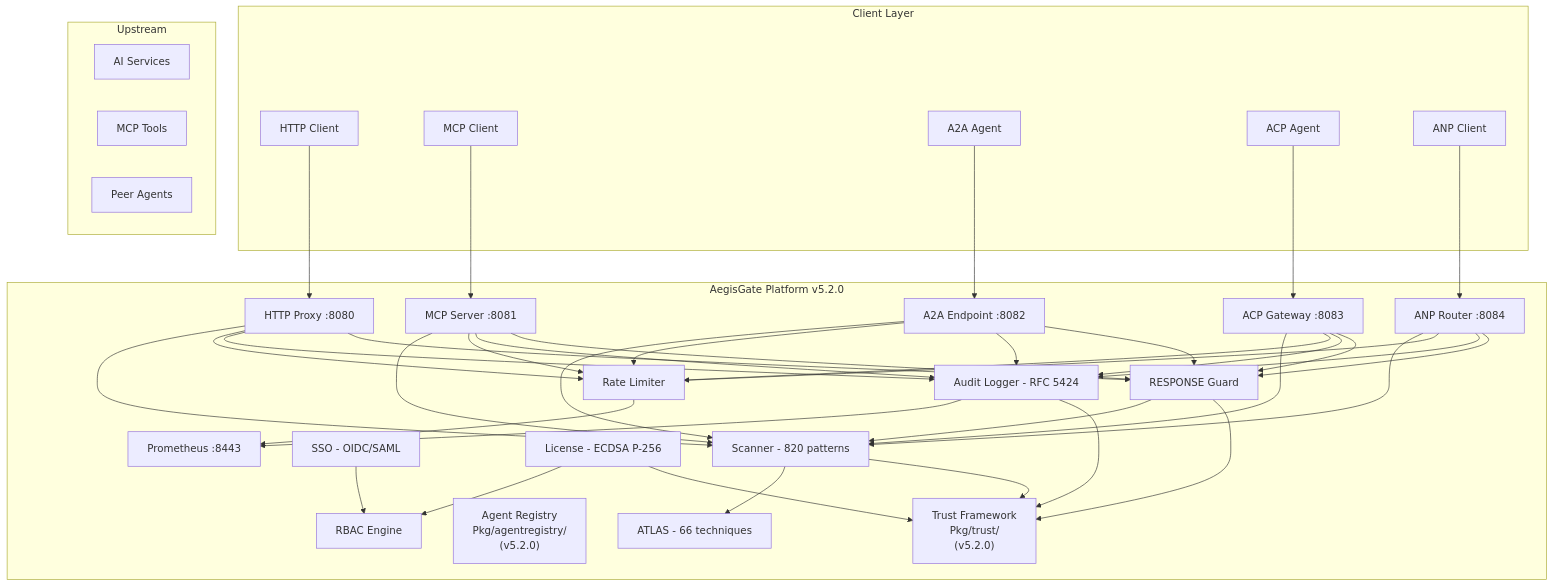
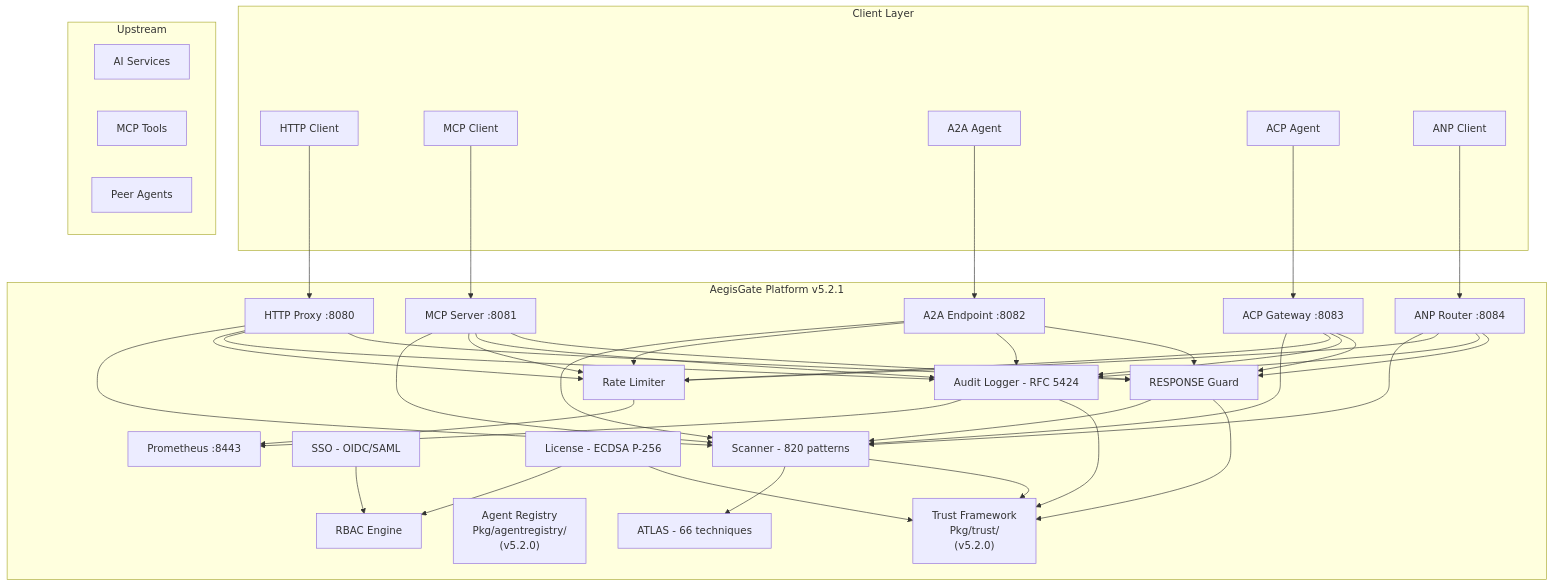
One commit to aegisgatesecurity/aegisgate-site changed the diagram in content/tech.md. Above: the diagram before and after it, drawn with Mermaid. The commit also changed other lines of this file and 30 other files, not shown here.

```diff
--- a/content/tech.md
+++ b/content/tech.md
@@ -12,62 +12,62 @@
 {{< mermaid >}}
 flowchart TB
     subgraph Client["Client Layer"]
         A["HTTP Client"]
         B["MCP Client"]
         C["A2A Agent"]
         D["ACP Agent"]
         E["ANP Client"]
     end
 
-    subgraph AegisGate["AegisGate Platform v5.2.0"]
+    subgraph AegisGate["AegisGate Platform v5.2.1"]
         G["HTTP Proxy :8080"]
         H["MCP Server :8081"]
         I["A2A Endpoint :8082"]
         J["ACP Gateway :8083"]
         K["ANP Router :8084"]
         L["RESPONSE Guard"]
         TR["Trust Framework\nPkg/trust/\n(v5.2.0)"]
         AR["Agent Registry\nPkg/agentregistry/\n(v5.2.0)"]
 
         M["Scanner - 820 patterns"]
         N["ATLAS - 66 techniques"]
         O["Rate Limiter"]
         P["Audit Logger - RFC 5424"]
 
         Q["SSO - OIDC/SAML"]
         R["RBAC Engine"]
         S["License - ECDSA P-256"]
 
         T["Prometheus :8443"]
     end
 
     subgraph Upstream["Upstream"]
         U["AI Services"]
         V["MCP Tools"]
         W["Peer Agents"]
     end
 
     A --> G
     B --> H
     C --> I
     D --> J
     E --> K
 
     G --> M & O & P & L
     H --> M & O & P & L
     I --> M & O & P & L
     J --> M & O & P & L
     K --> M & O & P & L
 
     M --> N
     L --> M
     O --> T
     P --> T
     Q --> R
     S --> R
 
     M --> TR
     L --> TR
     P --> TR
     S --> TR
 {{< /mermaid >}}
```
